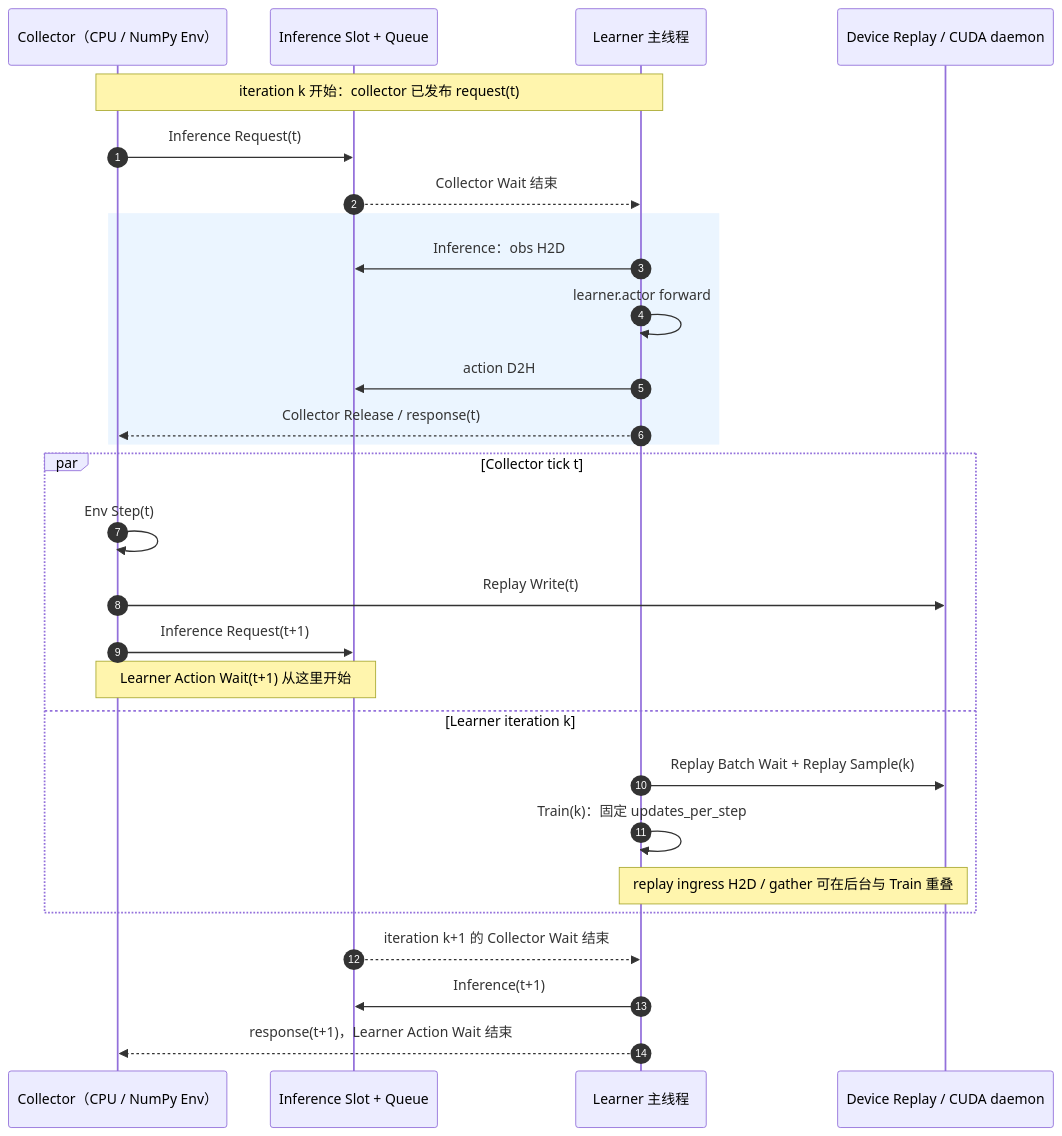
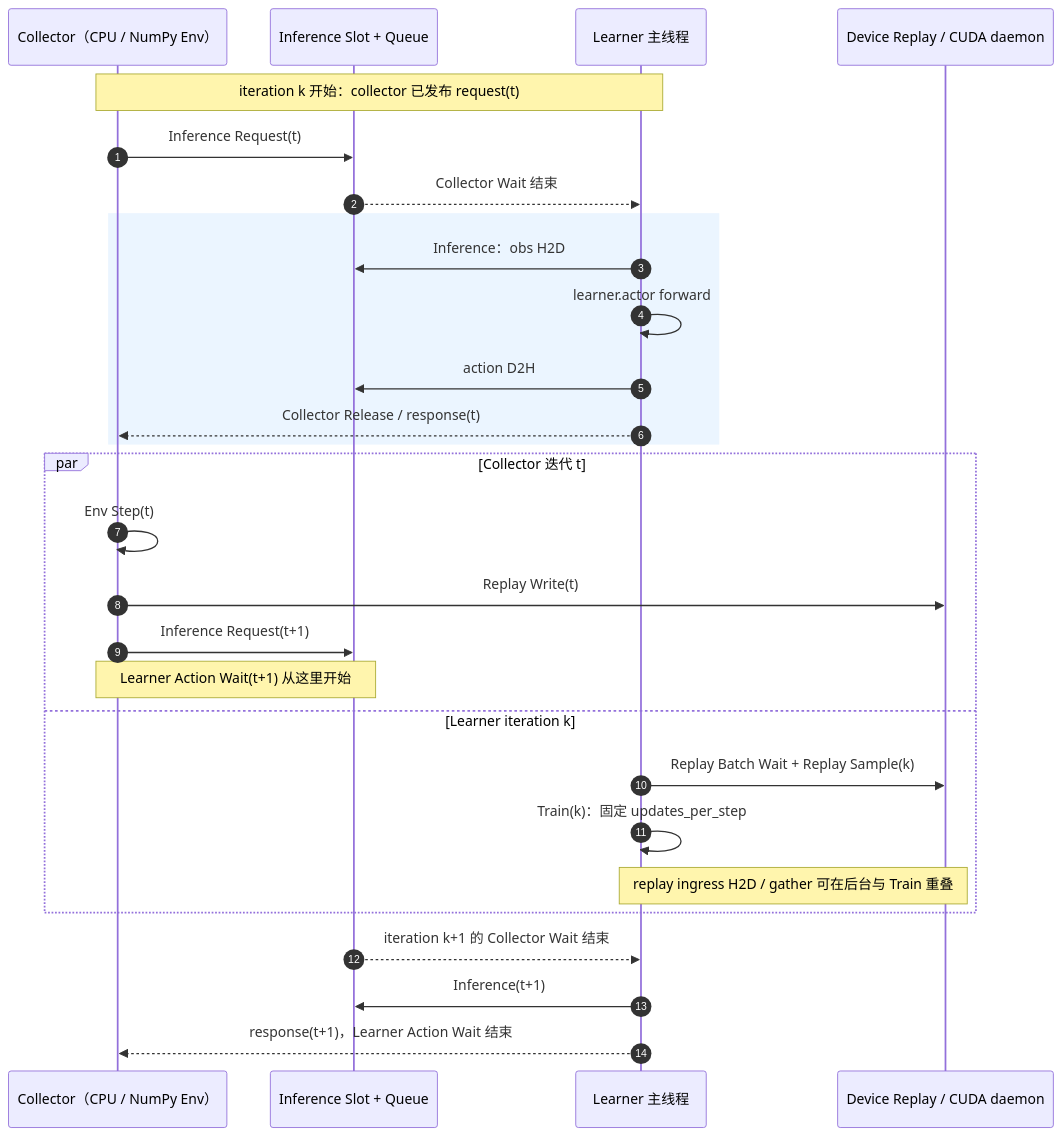
One commit to EtherealTide/UniLab changed the first of 2 diagrams in docs/sphinx/source/zh_CN/2-user_guide/1-training/3-logging.md. Above: the diagram before and after it, drawn with Mermaid. The commit also changed 37 other files, not shown here.

First line of the commit message:
refactor(runtime)!: remove collector graph contracts

````diff
--- a/docs/sphinx/source/zh_CN/2-user_guide/1-training/3-logging.md
+++ b/docs/sphinx/source/zh_CN/2-user_guide/1-training/3-logging.md
@@ -271,33 +271,33 @@
 ```{mermaid}
 sequenceDiagram
     autonumber
     participant C as Collector（CPU / NumPy Env）
     participant I as Inference Slot + Queue
     participant L as Learner 主线程
     participant D as Device Replay / CUDA daemon
 
     Note over C,L: iteration k 开始：collector 已发布 request(t)
     C->>I: Inference Request(t)
     I-->>L: Collector Wait 结束
     rect rgb(235, 245, 255)
         L->>I: Inference：obs H2D
         L->>L: learner.actor forward
         L->>I: action D2H
         L-->>C: Collector Release / response(t)
     end
 
-    par Collector tick t
+    par Collector 迭代 t
         C->>C: Env Step(t)
         C->>D: Replay Write(t)
         C->>I: Inference Request(t+1)
         Note over C,I: Learner Action Wait(t+1) 从这里开始
     and Learner iteration k
         L->>D: Replay Batch Wait + Replay Sample(k)
         L->>L: Train(k)：固定 updates_per_step
         Note over D,L: replay ingress H2D / gather 可在后台与 Train 重叠
     end
 
     I-->>L: iteration k+1 的 Collector Wait 结束
     L->>I: Inference(t+1)
     L-->>C: response(t+1)，Learner Action Wait 结束
 ```
````
